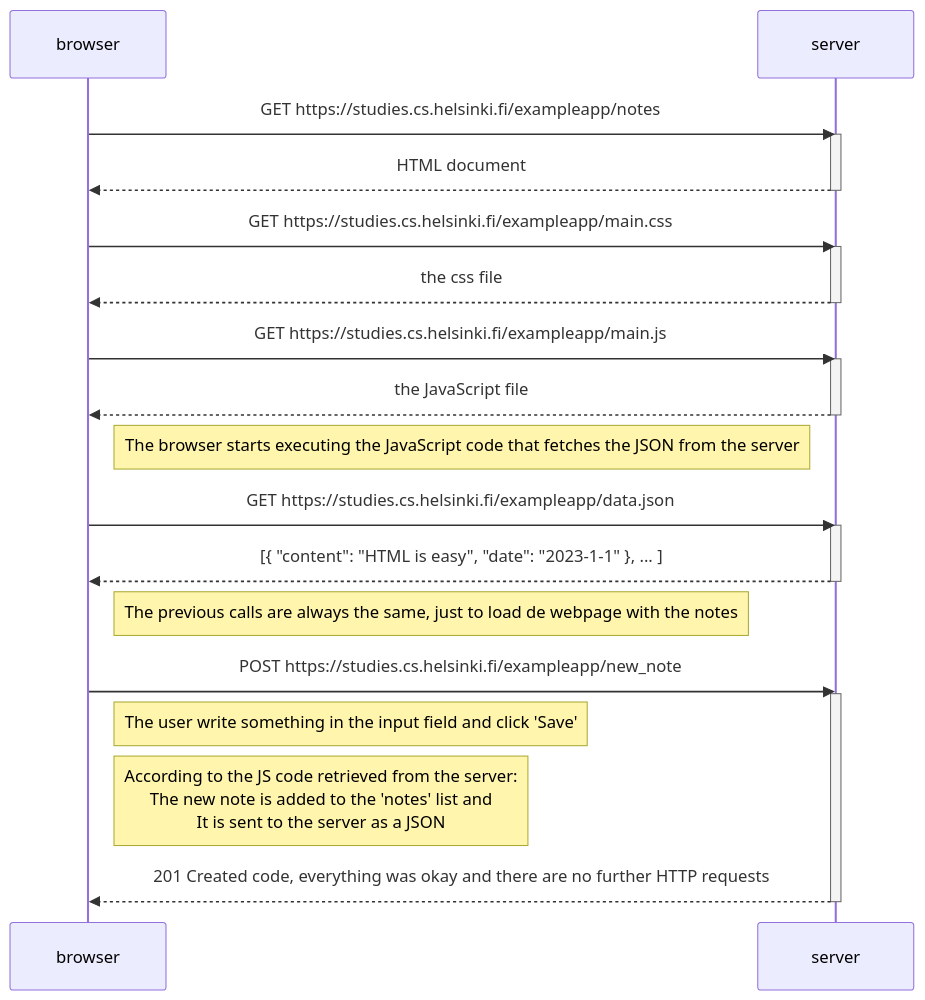
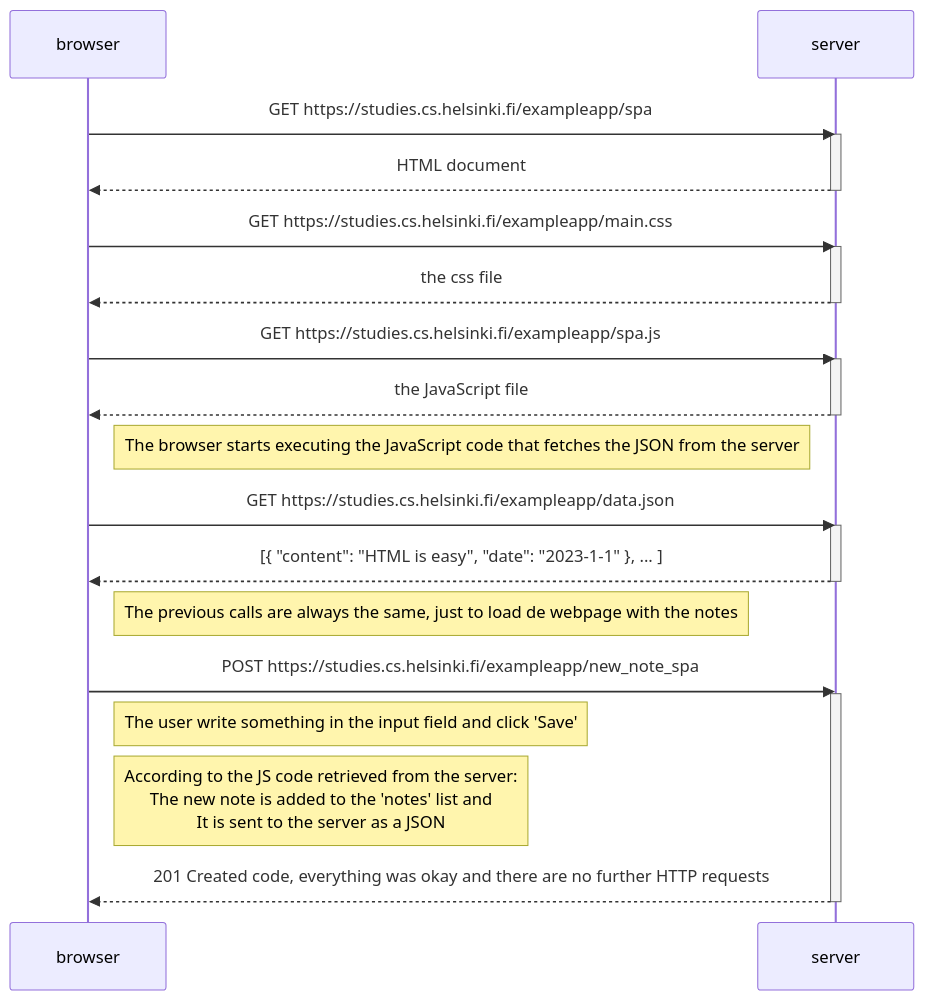
Before and after one commit to Muzta/FullStackOpen: the diagram in part0/0.6:New_note_in_single_page_app_diagram.md, drawn with Mermaid.

Commit message:
Update New note in single page app diagram

````diff
--- a/part0/0.6:New_note_in_single_page_app_diagram.md
+++ b/part0/0.6:New_note_in_single_page_app_diagram.md
@@ -1,36 +1,36 @@
 ```mermaid
 sequenceDiagram
     participant browser
     participant server
 
-    browser->>server: GET https://studies.cs.helsinki.fi/exampleapp/notes
+    browser->>server: GET https://studies.cs.helsinki.fi/exampleapp/spa
     activate server
     server-->>browser: HTML document
     deactivate server
 
     browser->>server: GET https://studies.cs.helsinki.fi/exampleapp/main.css
     activate server
     server-->>browser: the css file
     deactivate server
 
-    browser->>server: GET https://studies.cs.helsinki.fi/exampleapp/main.js
+    browser->>server: GET https://studies.cs.helsinki.fi/exampleapp/spa.js
     activate server
     server-->>browser: the JavaScript file
     deactivate server
 
     Note right of browser: The browser starts executing the JavaScript code that fetches the JSON from the server
 
     browser->>server: GET https://studies.cs.helsinki.fi/exampleapp/data.json
     activate server
     server-->>browser: [{ "content": "HTML is easy", "date": "2023-1-1" }, ... ]
     deactivate server
 
     Note right of browser: The previous calls are always the same, just to load de webpage with the notes
 
-    browser->>server: POST https://studies.cs.helsinki.fi/exampleapp/new_note
+    browser->>server: POST https://studies.cs.helsinki.fi/exampleapp/new_note_spa
     activate server
     Note right of browser: The user write something in the input field and click 'Save'
     Note right of browser: According to the JS code retrieved from the server:<br/>The new note is added to the 'notes' list and<br/>It is sent to the server as a JSON
     server-->>browser: 201 Created code, everything was okay and there are no further HTTP requests
     deactivate server
  ```
````
